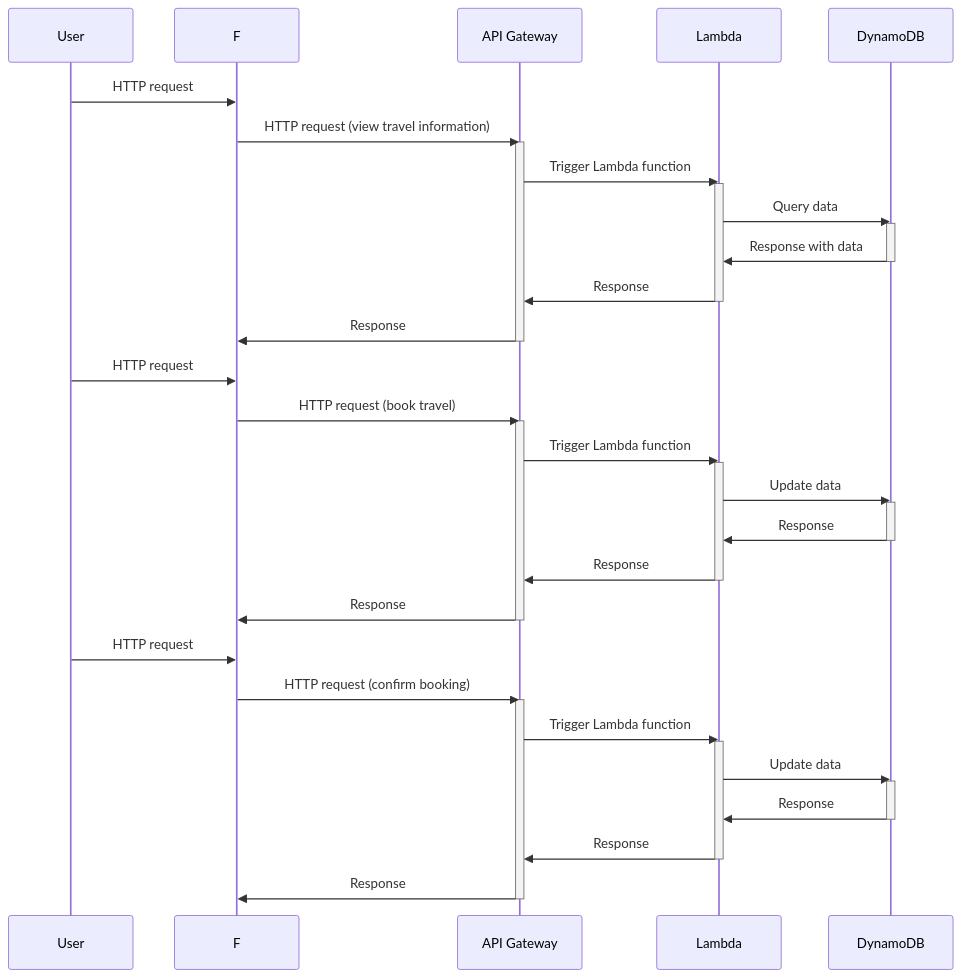
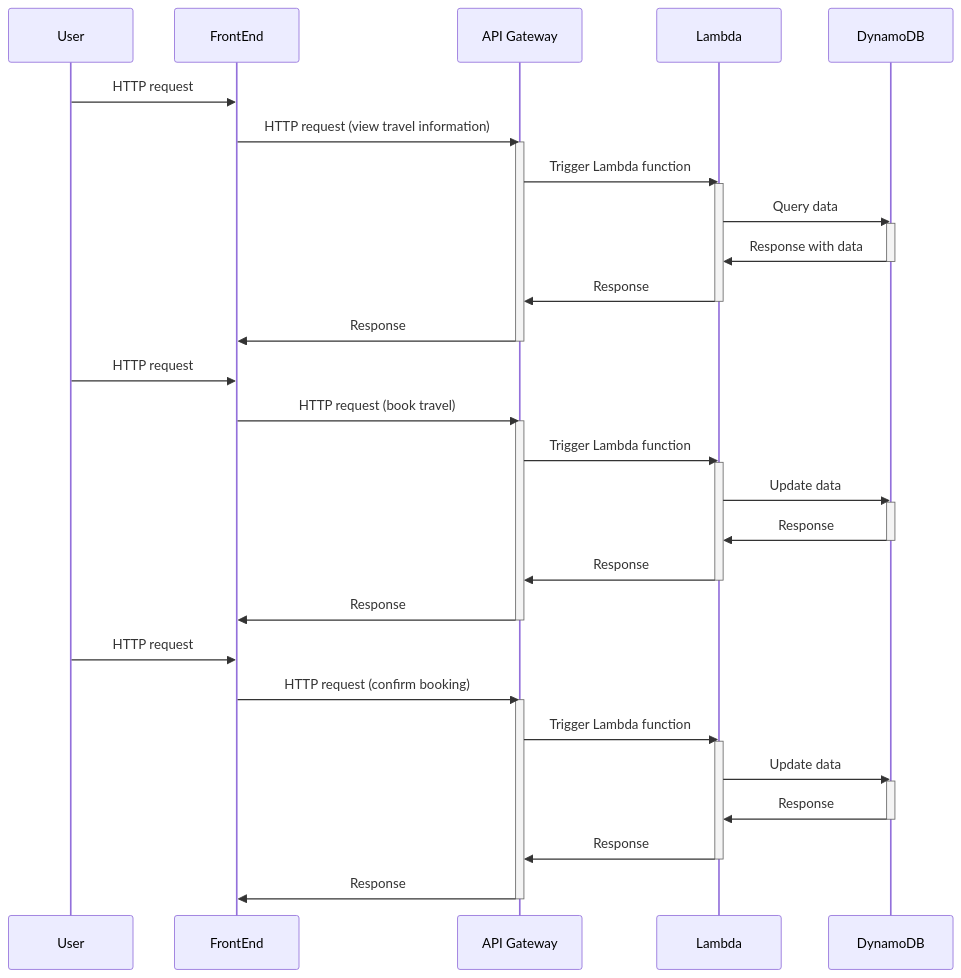
Before and after one commit to seven8301/iodraw-files: the diagram in all/未命名.md, drawn with Mermaid.

Commit message:
2024-10-12 13:19:42 update

````diff
--- a/all/未命名.md
+++ b/all/未命名.md
@@ -1,50 +1,50 @@
 ```mermaid
 sequenceDiagram
     participant User
-    participant F
+    participant FrontEnd 
     participant API Gateway
     participant Lambda
     participant DynamoDB
 
-    User->>F: HTTP request
-    F->>API Gateway: HTTP request (view travel information)
+    User->>FrontEnd : HTTP request
+    FrontEnd ->>API Gateway: HTTP request (view travel information)
     activate API Gateway
     API Gateway->>Lambda: Trigger Lambda function
     activate Lambda
     Lambda->>DynamoDB: Query data
     activate DynamoDB
     DynamoDB->>Lambda: Response with data
     deactivate DynamoDB
     Lambda->>API Gateway: Response
     deactivate Lambda
-    API Gateway->>F: Response
+    API Gateway->>FrontEnd : Response
     deactivate API Gateway
 
-    User->>F: HTTP request
-    F->>API Gateway: HTTP request (book travel)
+    User->>FrontEnd : HTTP request
+    FrontEnd ->>API Gateway: HTTP request (book travel)
     activate API Gateway
     API Gateway->>Lambda: Trigger Lambda function
     activate Lambda
     Lambda->>DynamoDB: Update data
     activate DynamoDB
     DynamoDB->>Lambda: Response
     deactivate DynamoDB
     Lambda->>API Gateway: Response
     deactivate Lambda
-    API Gateway->>F: Response
+    API Gateway->>FrontEnd : Response
     deactivate API Gateway
 
-    User->>F: HTTP request
-    F->>API Gateway: HTTP request (confirm booking)
+    User->>FrontEnd : HTTP request
+    FrontEnd ->>API Gateway: HTTP request (confirm booking)
     activate API Gateway
     API Gateway->>Lambda: Trigger Lambda function
     activate Lambda
     Lambda->>DynamoDB: Update data
     activate DynamoDB
     DynamoDB->>Lambda: Response
     deactivate DynamoDB
     Lambda->>API Gateway: Response
     deactivate Lambda
-    API Gateway->>F: Response
+    API Gateway->>FrontEnd : Response
     deactivate API Gateway
 ```
````
